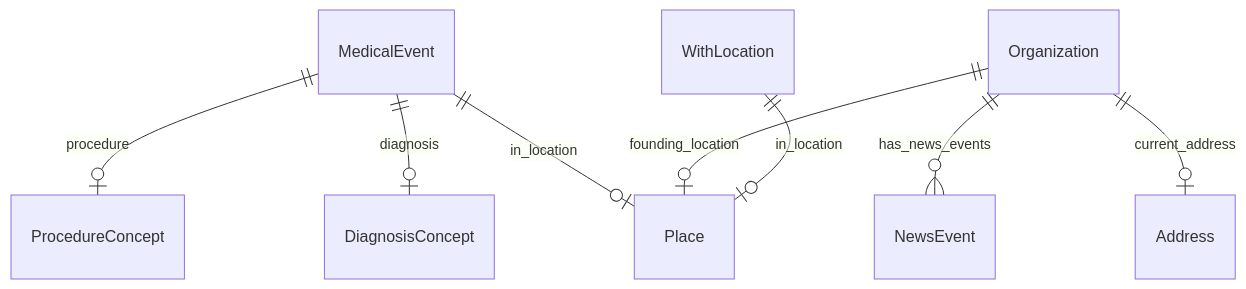
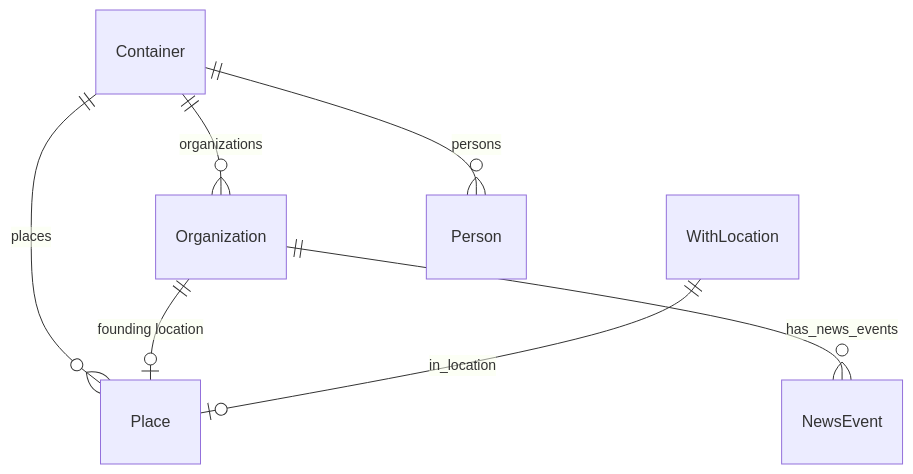
One commit to linkml/linkml changed diagram 18 of 23 in tests/linkml/test_generators/__snapshots__/personinfo.md. Above: the diagram before and after it, drawn with Mermaid. The commit also changed other lines of this file, not shown here.

````diff
--- a/tests/linkml/test_generators/__snapshots__/personinfo.md
+++ b/tests/linkml/test_generators/__snapshots__/personinfo.md
@@ -713,24 +894,23 @@
 ```mermaid
 erDiagram
-MedicalEvent {
+Container {
 
 }
 Organization {
 
 }
 Place {
 
 }
 WithLocation {
 
 }
 
-MedicalEvent ||--|o DiagnosisConcept : "diagnosis"
-MedicalEvent ||--|o Place : "in_location"
-MedicalEvent ||--|o ProcedureConcept : "procedure"
-Organization ||--|o Address : "current_address"
-Organization ||--|o Place : "founding_location"
+Container ||--}o Organization : "organizations"
+Container ||--}o Person : "persons"
+Container ||--}o Place : "places"
+Organization ||--|o Place : "founding location"
 Organization ||--}o NewsEvent : "has_news_events"
 WithLocation ||--|o Place : "in_location"
 
 ```
````
